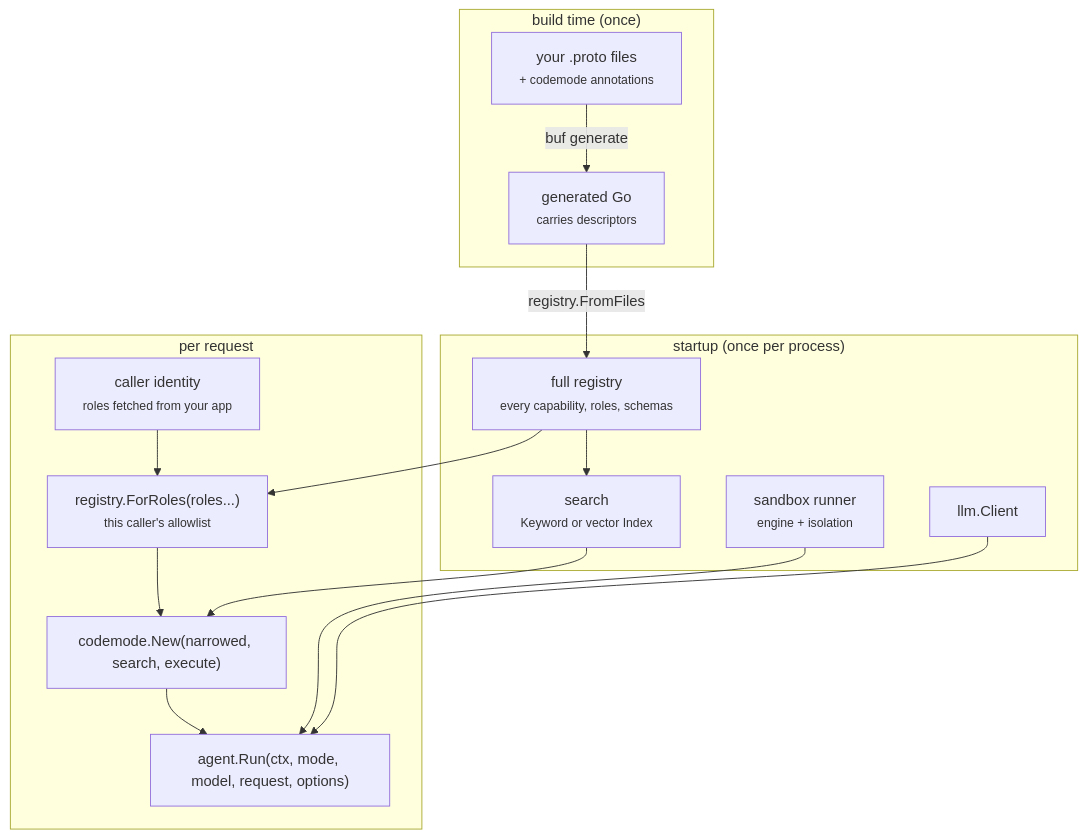
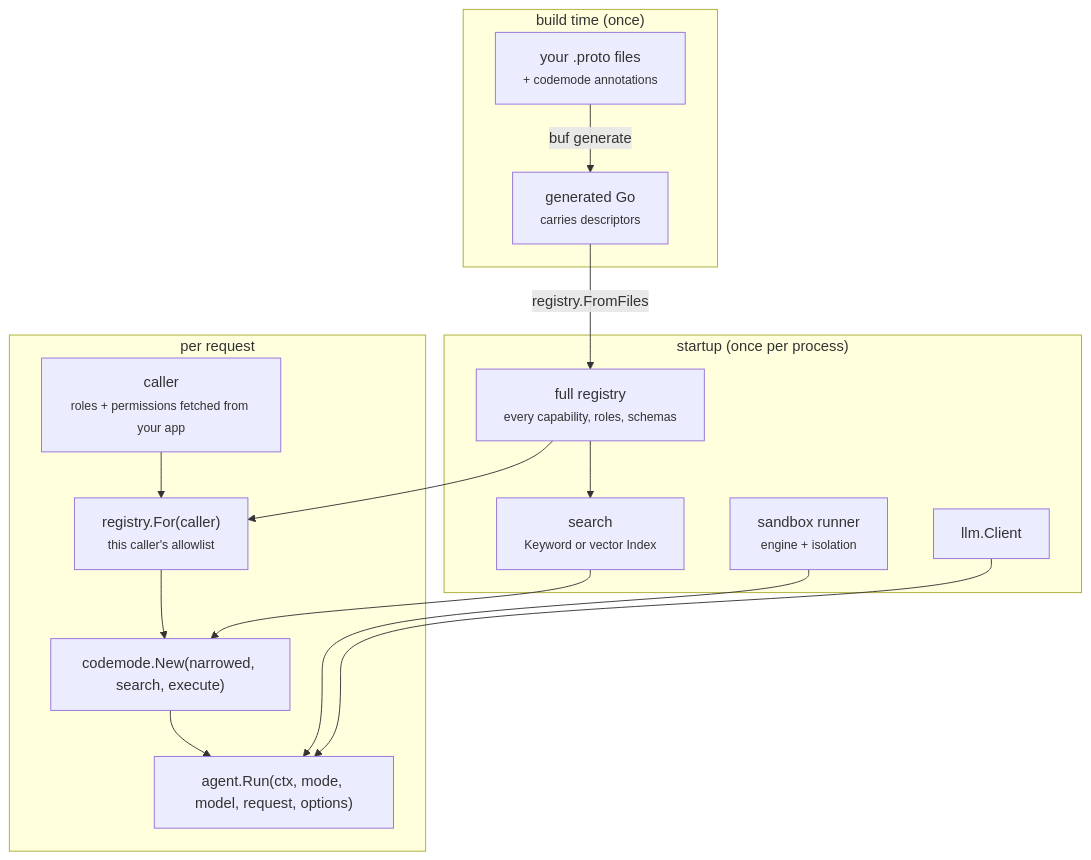
The second of 7 diagrams in docs/content/architecture.md (mukezhz/codemode), drawn with Mermaid before and after one commit. The commit also changed other lines of this file and 9 other files, not shown here.

First line of the commit message:
docs: describe roles and permissions as two options

````diff
--- a/docs/content/architecture.md
+++ b/docs/content/architecture.md
@@ -44,21 +44,21 @@
 ```mermaid
 flowchart TB
   subgraph build["build time (once)"]
     proto["your .proto files<br/><small>+ codemode annotations</small>"] -->|buf generate| gen["generated Go<br/><small>carries descriptors</small>"]
   end
   subgraph start["startup (once per process)"]
     gen -->|registry.FromFiles| full["full registry<br/><small>every capability, roles, schemas</small>"]
     full --> index["search<br/><small>Keyword or vector Index</small>"]
     runner["sandbox runner<br/><small>engine + isolation</small>"]
     model["llm.Client"]
   end
   subgraph request["per request"]
-    identity["caller identity<br/><small>roles fetched from your app</small>"] --> narrowed["registry.ForRoles(roles...)<br/><small>this caller's allowlist</small>"]
+    identity["caller<br/><small>roles + permissions fetched from your app</small>"] --> narrowed["registry.For(caller)<br/><small>this caller's allowlist</small>"]
     full --> narrowed
     narrowed --> runtime["codemode.New(narrowed, search, execute)"]
     runtime --> run["agent.Run(ctx, mode, model, request, options)"]
   end
   index --> runtime
   runner --> run
   model --> run
 ```
````
